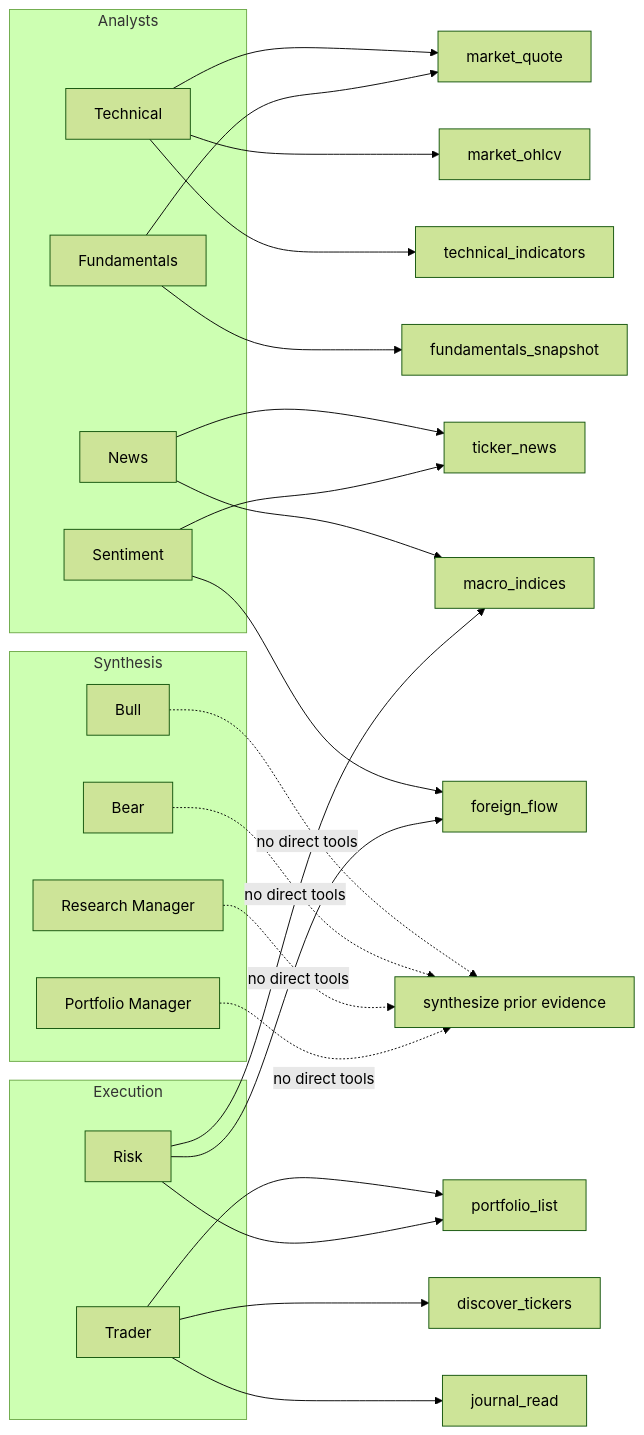
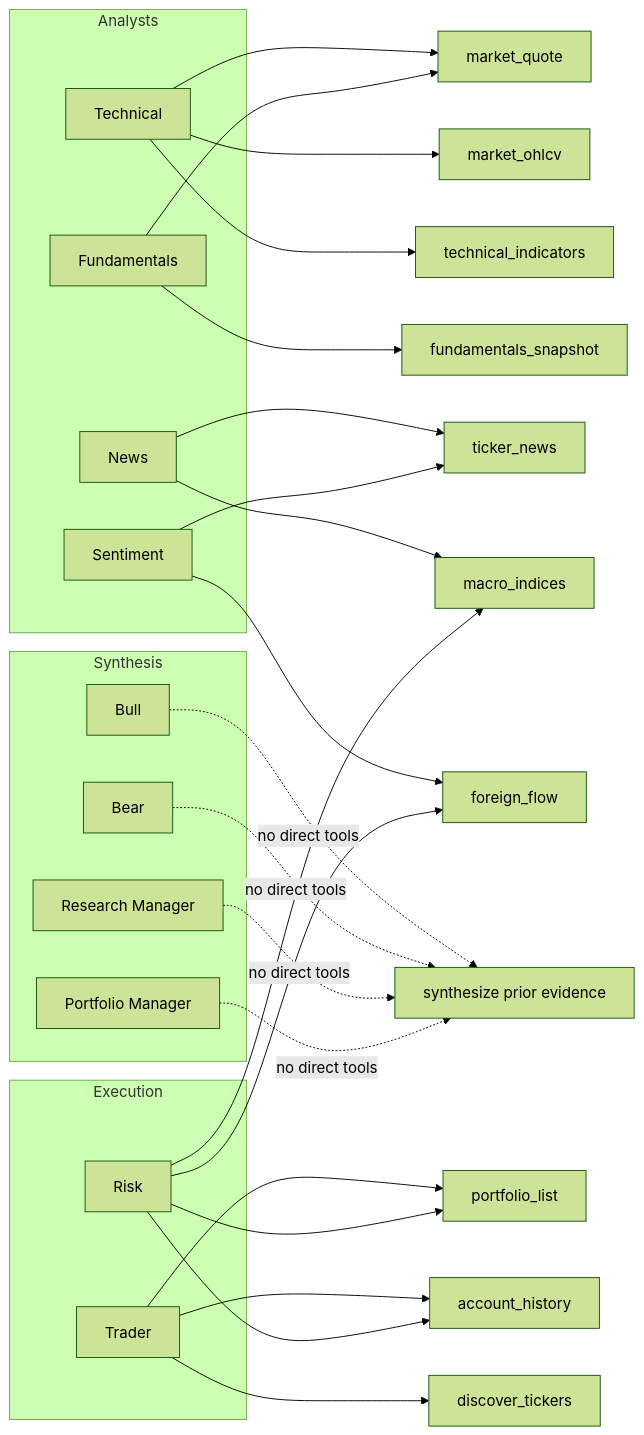
One commit to toreleon/Azoth changed the fourth of 4 diagrams in docs/agent-team.md. Above: the diagram before and after it, drawn with Mermaid (forest theme). The commit also changed other lines of this file and 43 other files, not shown here.

````diff
--- a/docs/agent-team.md
+++ b/docs/agent-team.md
@@ -219,47 +219,47 @@
 ```mermaid
 flowchart LR
   subgraph Analysts
     Technical["Technical"]
     Fundamentals["Fundamentals"]
     News["News"]
     Sentiment["Sentiment"]
   end
 
   subgraph Synthesis
     Bull["Bull"]
     Bear["Bear"]
     ResearchManager["Research Manager"]
     Portfolio["Portfolio Manager"]
   end
 
   subgraph Execution
     Trader["Trader"]
     Risk["Risk"]
   end
 
   Technical --> MarketQuote["market_quote"]
   Technical --> OHLCV["market_ohlcv"]
   Technical --> Indicators["technical_indicators"]
 
   Fundamentals --> FundamentalsTool["fundamentals_snapshot"]
   Fundamentals --> MarketQuote
 
   News --> NewsTool["ticker_news"]
   News --> Macro["macro_indices"]
 
   Sentiment --> NewsTool
   Sentiment --> ForeignFlow["foreign_flow"]
 
   Trader --> PortfolioList["portfolio_list"]
+  Trader --> AccountHistory["account_history"]
   Trader --> Discover["discover_tickers"]
-  Trader --> JournalRead["journal_read"]
-
   Risk --> PortfolioList
+  Risk --> AccountHistory
   Risk --> Macro
   Risk --> ForeignFlow
 
   Bull -. "no direct tools" .-> EvidenceOnly["synthesize prior evidence"]
   Bear -. "no direct tools" .-> EvidenceOnly
   ResearchManager -. "no direct tools" .-> EvidenceOnly
   Portfolio -. "no direct tools" .-> EvidenceOnly
 ```
````
